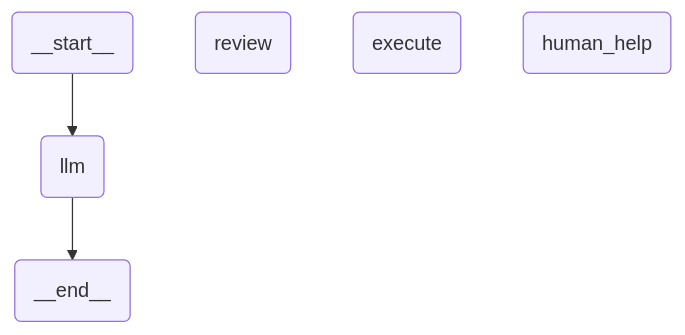
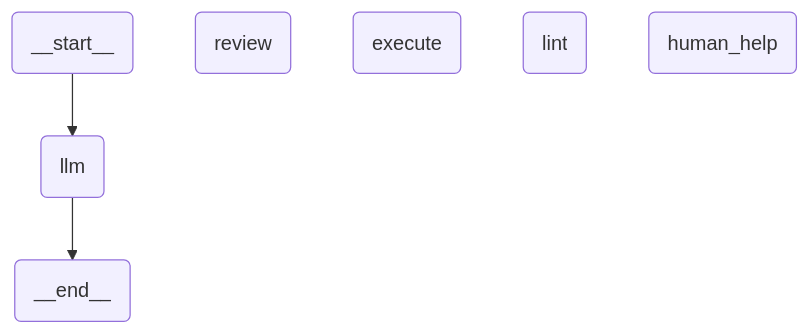
The diagram in graph.md (yuto0o/local-coding_agent), drawn with Mermaid before and after one commit. The commit also changed 7 other files, not shown here.

````diff
--- a/graph.md
+++ b/graph.md
@@ -1,20 +1,21 @@
 ```mermaid
 ---
 config:
   flowchart:
     curve: linear
 ---
 graph TD;
 	__start__(<p>__start__</p>)
 	llm(llm)
 	review(review)
 	execute(execute)
+	lint(lint)
 	human_help(human_help)
 	__end__(<p>__end__</p>)
 	__start__ --> llm;
 	llm --> __end__;
 	classDef default fill:#f2f0ff,line-height:1.2
 	classDef first fill-opacity:0
 	classDef last fill:#bfb6fc
 
 ```
````
